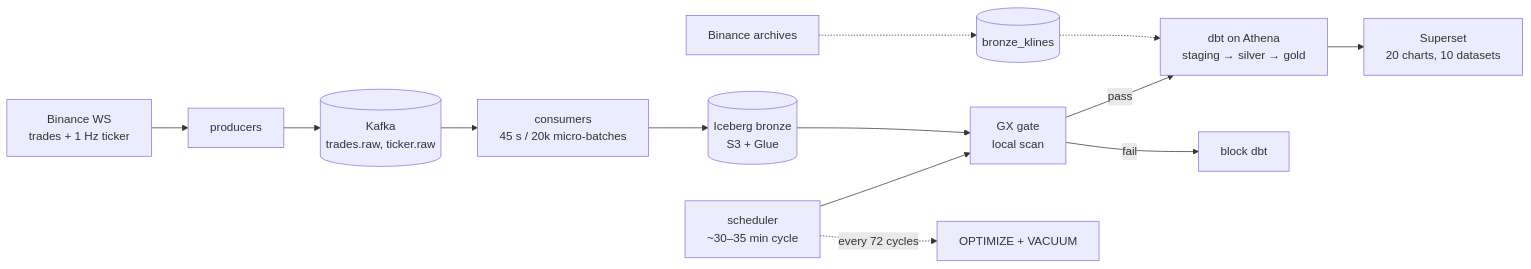
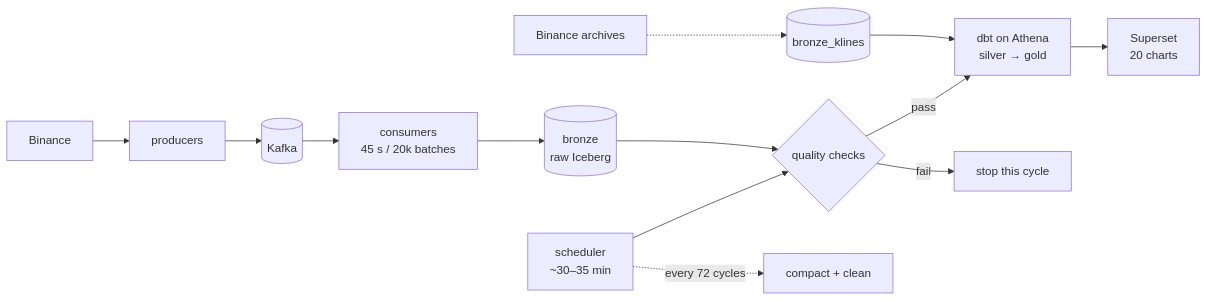
The diagram in README.md (Danselem/tickstream), drawn with Mermaid before and after one commit. The commit also changed other lines of this file and 10 other files, not shown here.

````diff
--- a/README.md
+++ b/README.md
@@ -26,15 +38,15 @@
 ```mermaid
 flowchart LR
-  B["Binance WS<br/>trades + 1 Hz ticker"] --> P[producers]
-  P --> K[(Kafka<br/>trades.raw, ticker.raw)]
-  K --> C[consumers<br/>45 s / 20k micro-batches]
-  C --> BR[(Iceberg bronze<br/>S3 + Glue)]
+  B[Binance] --> P[producers]
+  P --> K[(Kafka)]
+  K --> C[consumers<br/>45 s / 20k batches]
+  C --> BR[(bronze<br/>raw Iceberg)]
   BA[Binance archives] -.-> BK[(bronze_klines)]
-  BR --> GX["GX gate<br/>local scan"]
-  BK -.-> DBT
-  GX -->|pass| DBT[dbt on Athena<br/>staging → silver → gold]
-  GX -->|fail| X[block dbt]
-  DBT --> S["Superset<br/>20 charts, 10 datasets"]
-  SCH[scheduler<br/>~30–35 min cycle] --> GX
-  SCH -.->|"every 72 cycles"| M[OPTIMIZE + VACUUM]
+  BR --> Q{quality checks}
+  BK --> DBT
+  Q -->|pass| DBT[dbt on Athena<br/>silver → gold]
+  Q -->|fail| X[stop this cycle]
+  DBT --> S[Superset<br/>20 charts]
+  SCH[scheduler<br/>~30–35 min] --> Q
+  SCH -. every 72 cycles .-> M[compact + clean]
 ```
````
